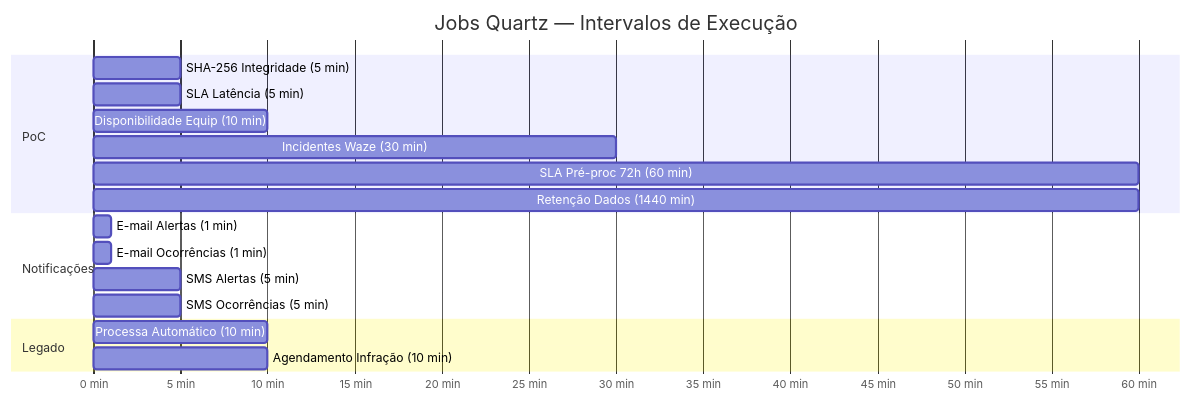
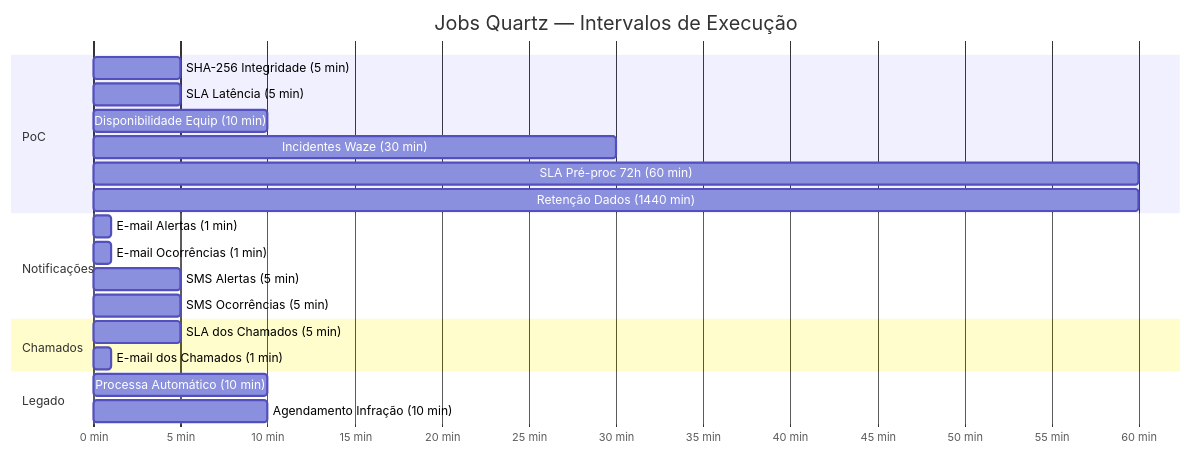
The third of 6 diagrams in docs/diagrama-arquitetura/arquitetura-sistema.md (gustavoflandal/GTW-CWB), drawn with Mermaid before and after one commit. The commit also changed other lines of this file and 75 other files, not shown here.

Commit message:
Atualiza o catalogo e os diagramas do banco de dados (2026-10-15)

````diff
--- a/docs/diagrama-arquitetura/arquitetura-sistema.md
+++ b/docs/diagrama-arquitetura/arquitetura-sistema.md
@@ -125,24 +142,28 @@
 ```mermaid
 gantt
     title Jobs Quartz — Intervalos de Execução
     dateFormat X
     axisFormat %s min
 
     section PoC
     SHA-256 Integridade (5 min)       :a1, 0, 5
     SLA Latência (5 min)              :a2, 0, 5
     Disponibilidade Equip (10 min)    :a3, 0, 10
     Incidentes Waze (30 min)          :a4, 0, 30
     SLA Pré-proc 72h (60 min)        :a5, 0, 60
     Retenção Dados (1440 min)         :a6, 0, 60
 
     section Notificações
     E-mail Alertas (1 min)            :b1, 0, 1
     E-mail Ocorrências (1 min)        :b2, 0, 1
     SMS Alertas (5 min)               :b3, 0, 5
     SMS Ocorrências (5 min)           :b4, 0, 5
 
+    section Chamados
+    SLA dos Chamados (5 min)          :d1, 0, 5
+    E-mail dos Chamados (1 min)       :d2, 0, 1
+
     section Legado
     Processa Automático (10 min)      :c1, 0, 10
     Agendamento Infração (10 min)     :c2, 0, 10
 ```
````
